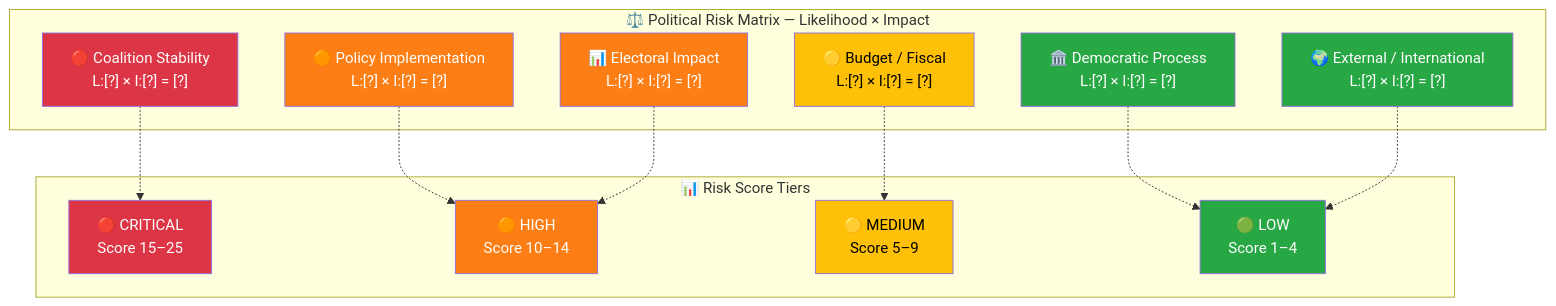
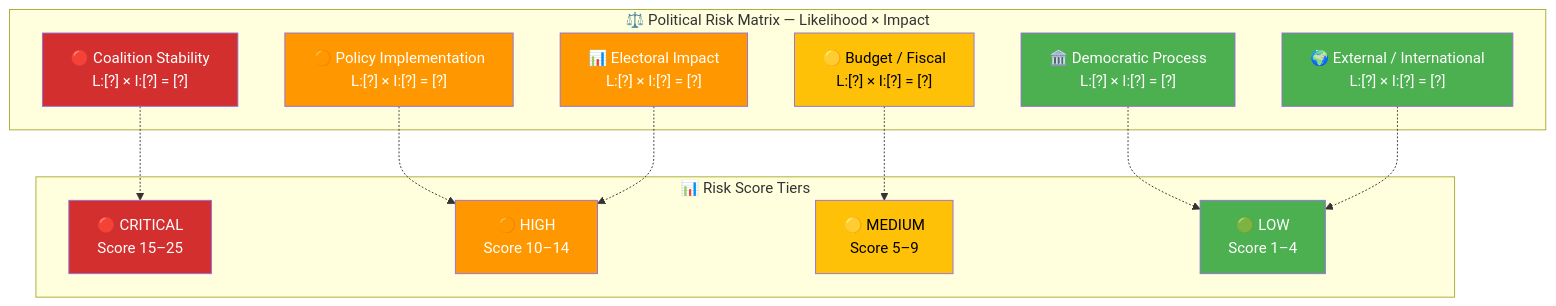
Before and after one commit to Hack23/riksdagsmonitor: the third of 5 diagrams in analysis/templates/per-file-political-intelligence.md, drawn with Mermaid. The commit also changed other lines of this file and 14 other files, not shown here.

First line of the commit message:
Align analysis/ mermaid diagrams with ISMS Style Guide palette and convert SWOT to quadrantChart

````diff
--- a/analysis/templates/per-file-political-intelligence.md
+++ b/analysis/templates/per-file-political-intelligence.md
@@ -145,36 +168,36 @@
 ```mermaid
 graph TD
     subgraph "⚖️ Political Risk Matrix — Likelihood × Impact"
         R1["🔴 Coalition Stability<br/>L:[?] × I:[?] = [?]"]
         R2["🟠 Policy Implementation<br/>L:[?] × I:[?] = [?]"]
         R3["🟡 Budget / Fiscal<br/>L:[?] × I:[?] = [?]"]
         R4["📊 Electoral Impact<br/>L:[?] × I:[?] = [?]"]
         R5["🏛️ Democratic Process<br/>L:[?] × I:[?] = [?]"]
         R6["🌍 External / International<br/>L:[?] × I:[?] = [?]"]
     end
     
     subgraph "📊 Risk Score Tiers"
         T1["🔴 CRITICAL<br/>Score 15–25"]
         T2["🟠 HIGH<br/>Score 10–14"]
         T3["🟡 MEDIUM<br/>Score 5–9"]
         T4["🟢 LOW<br/>Score 1–4"]
     end
     
     R1 -.-> T1
     R2 -.-> T2
     R3 -.-> T3
     R4 -.-> T2
     R5 -.-> T4
     R6 -.-> T4
     
-    style R1 fill:#dc3545,color:#fff
-    style R2 fill:#fd7e14,color:#fff
-    style R3 fill:#ffc107,color:#000
-    style R4 fill:#fd7e14,color:#fff
-    style R5 fill:#28a745,color:#fff
-    style R6 fill:#28a745,color:#fff
-    style T1 fill:#dc3545,color:#fff
-    style T2 fill:#fd7e14,color:#fff
-    style T3 fill:#ffc107,color:#000
-    style T4 fill:#28a745,color:#fff
+    style R1 fill:#D32F2F,color:#FFFFFF
+    style R2 fill:#FF9800,color:#FFFFFF
+    style R3 fill:#FFC107,color:#000000
+    style R4 fill:#FF9800,color:#FFFFFF
+    style R5 fill:#4CAF50,color:#FFFFFF
+    style R6 fill:#4CAF50,color:#FFFFFF
+    style T1 fill:#D32F2F,color:#FFFFFF
+    style T2 fill:#FF9800,color:#FFFFFF
+    style T3 fill:#FFC107,color:#000000
+    style T4 fill:#4CAF50,color:#FFFFFF
 ```
````
